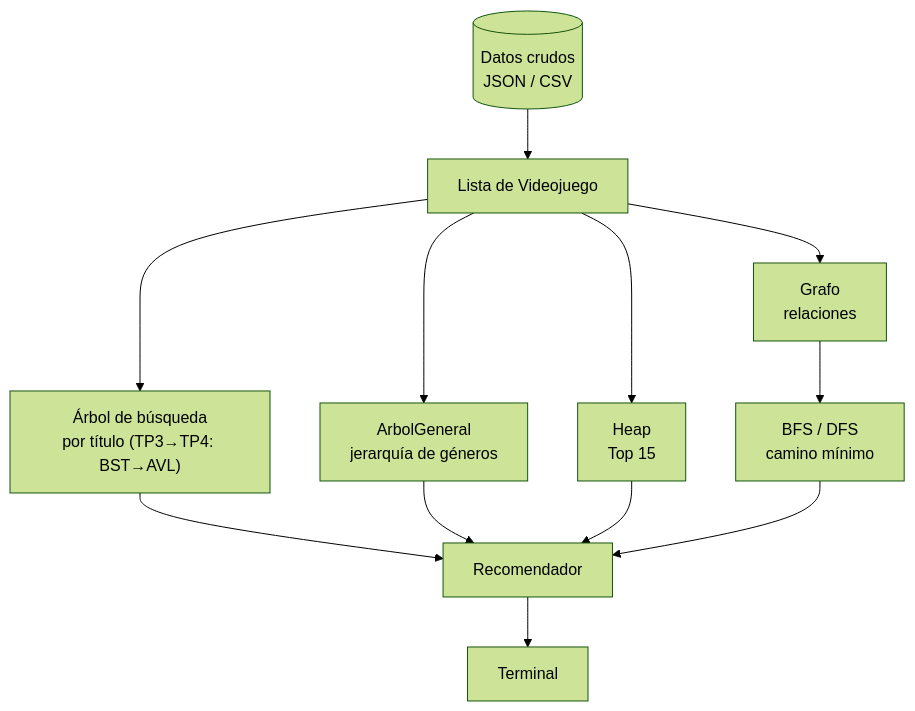
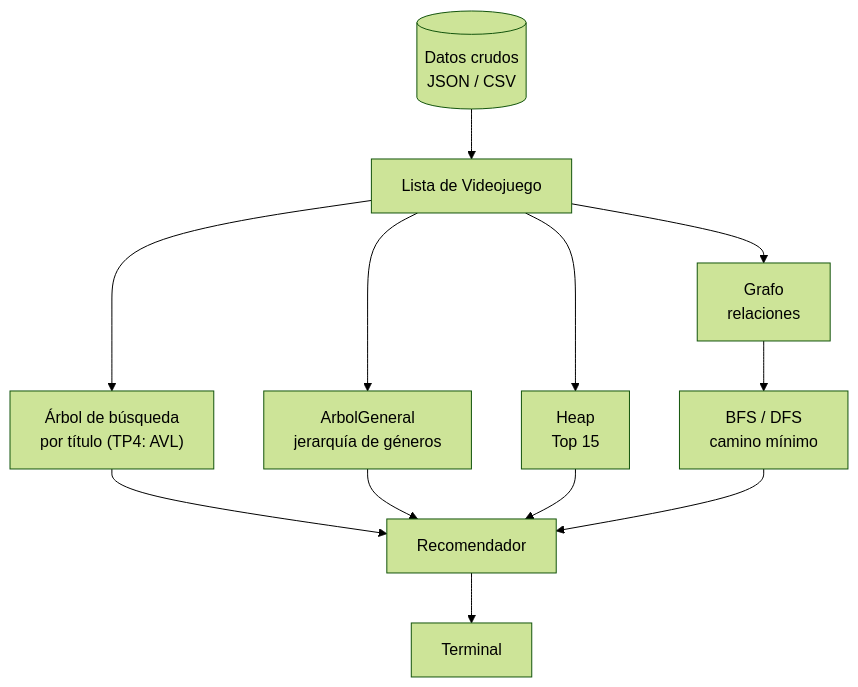
Before and after one commit to Dasein369/tpi_edd2026_recomendador: the second of 2 diagrams in docs/04_diagrama_datos.md, drawn with Mermaid (forest theme). The commit also changed other lines of this file and 11 other files, not shown here.

````diff
--- a/docs/04_diagrama_datos.md
+++ b/docs/04_diagrama_datos.md
@@ -46,14 +49,14 @@
 ```mermaid
 flowchart TD
     A[("Datos crudos<br/>JSON / CSV")] --> B["Lista de Videojuego"]
-    B --> C["Árbol de búsqueda<br/>por título (TP3→TP4: BST→AVL)"]
+    B --> C["Árbol de búsqueda<br/>por título (TP4: AVL)"]
     B --> D["ArbolGeneral<br/>jerarquía de géneros"]
     B --> E["Heap<br/>Top 15"]
     B --> F["Grafo<br/>relaciones"]
     F --> G["BFS / DFS<br/>camino mínimo"]
     C --> H["Recomendador"]
     D --> H
     E --> H
     G --> H
     H --> I["Terminal"]
 ```
````
